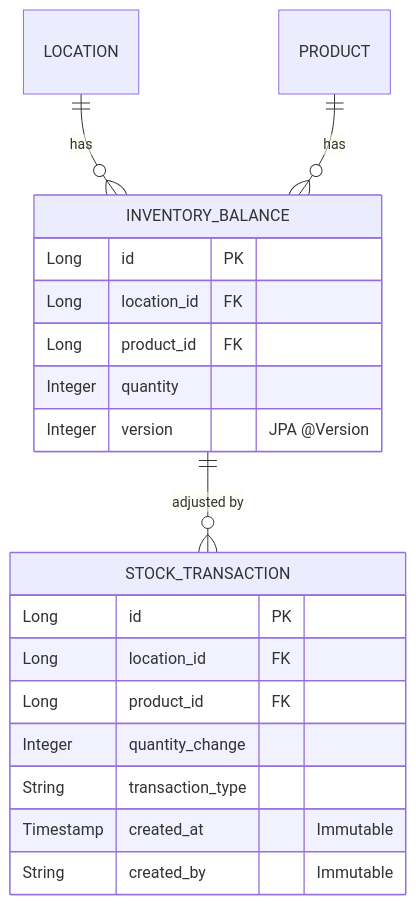
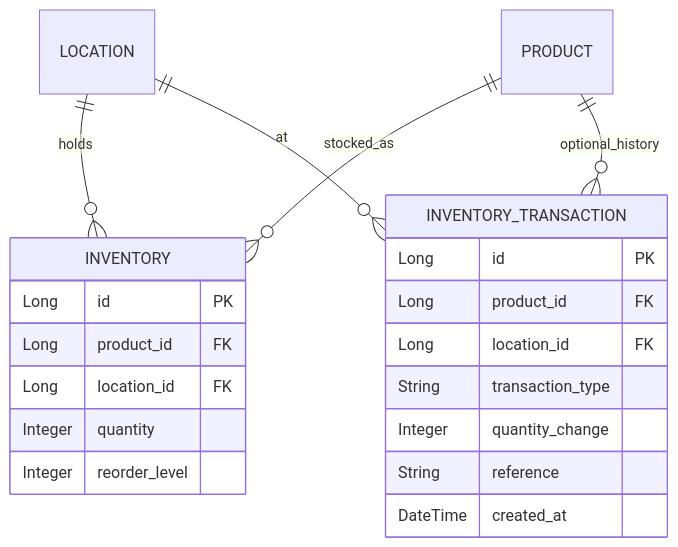
One commit to kirtika-0102/StockSmart changed the sixth of 6 diagrams in docs/architecture.md. Above: the diagram before and after it, drawn with Mermaid. The commit also changed other lines of this file and 74 other files, not shown here.

Commit message:
architecture of application

````diff
--- a/docs/architecture.md
+++ b/docs/architecture.md
@@ -183,24 +184,25 @@
 ```mermaid
 erDiagram
-    LOCATION ||--o{ INVENTORY_BALANCE : "has"
-    PRODUCT ||--o{ INVENTORY_BALANCE : "has"
-    INVENTORY_BALANCE ||--o{ STOCK_TRANSACTION : "adjusted by"
-    
-    INVENTORY_BALANCE {
+    LOCATION ||--o{ INVENTORY : holds
+    PRODUCT ||--o{ INVENTORY : stocked_as
+    PRODUCT ||--o{ INVENTORY_TRANSACTION : optional_history
+    LOCATION ||--o{ INVENTORY_TRANSACTION : at
+
+    INVENTORY {
         Long id PK
+        Long product_id FK
         Long location_id FK
+        Integer quantity
+        Integer reorder_level
+    }
+
+    INVENTORY_TRANSACTION {
+        Long id PK
         Long product_id FK
-        Integer quantity
-        Integer version "JPA @Version"
-    }
-    
-    STOCK_TRANSACTION {
-        Long id PK
         Long location_id FK
-        Long product_id FK
+        String transaction_type
         Integer quantity_change
-        String transaction_type
-        Timestamp created_at "Immutable"
-        String created_by "Immutable"
+        String reference
+        DateTime created_at
     }
 ```
````
